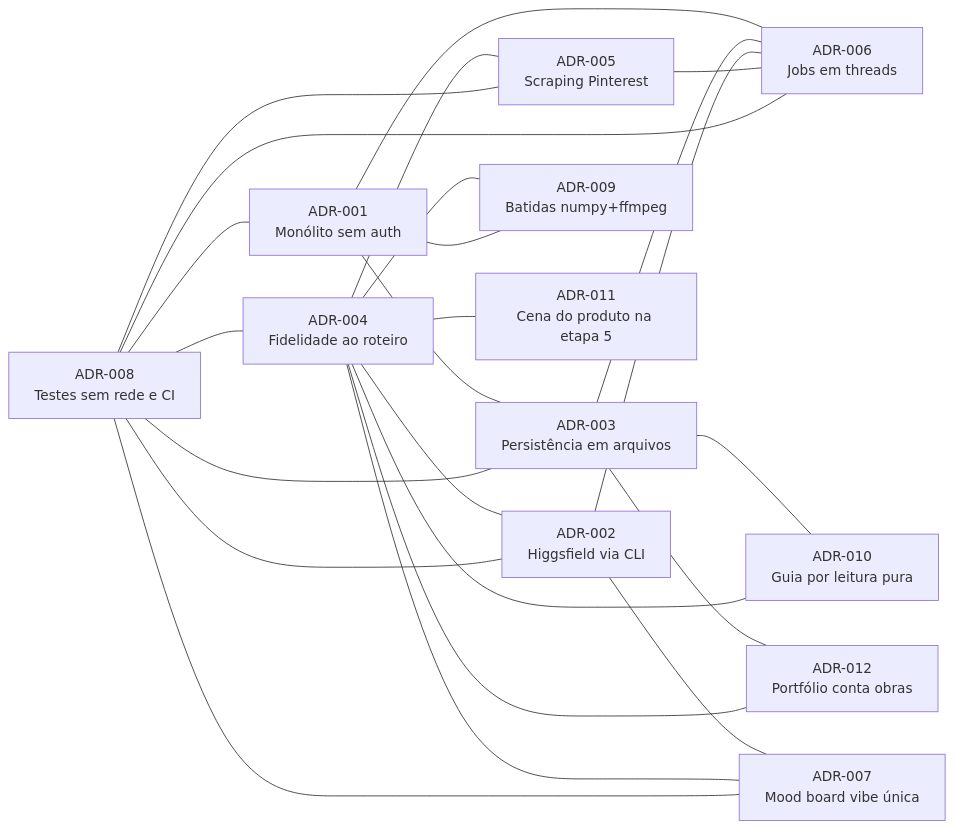
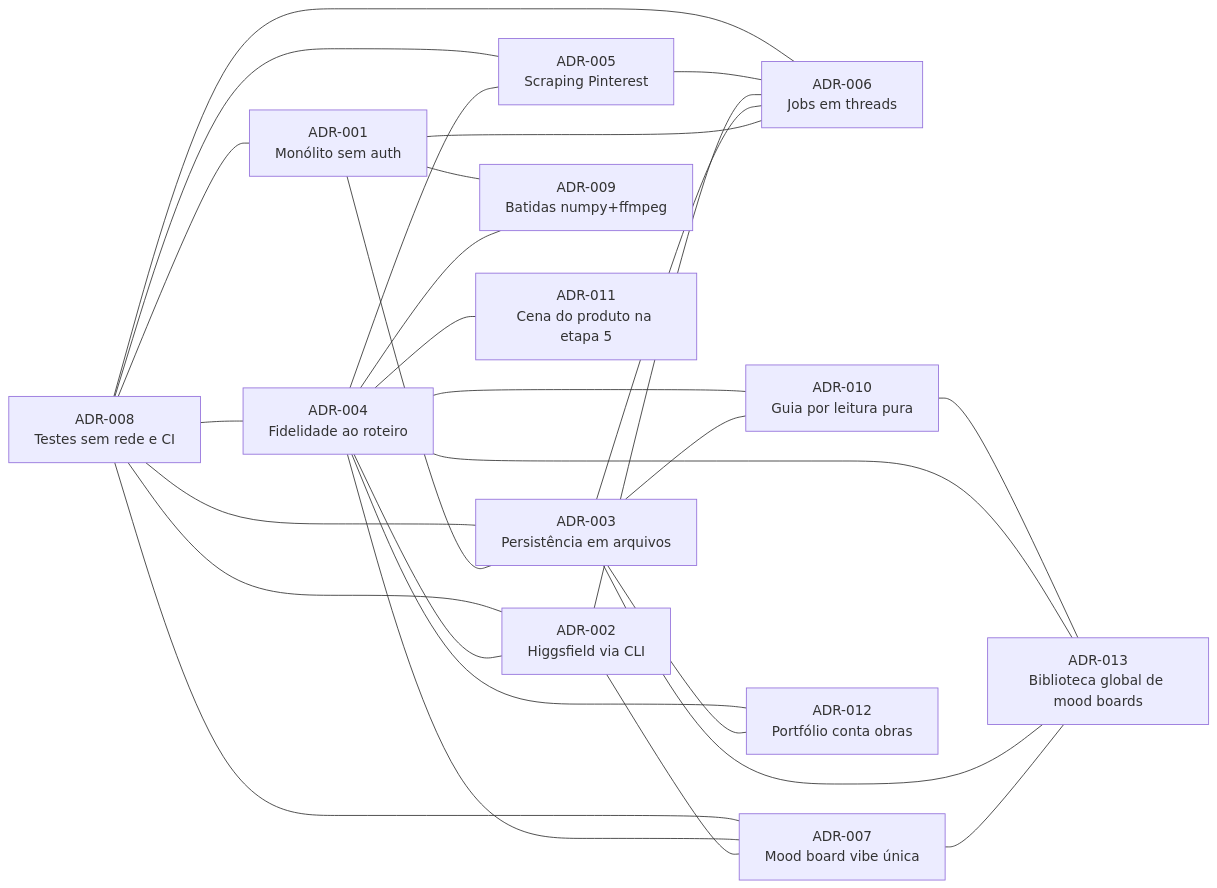
Before and after one commit to Arthur-Diego/orquestrador-studio: the diagram in docs/adrs/README.md, drawn with Mermaid. The commit also changed other lines of this file and 8 other files, not shown here.

````diff
--- a/docs/adrs/README.md
+++ b/docs/adrs/README.md
@@ -25,39 +26,44 @@
 ```mermaid
 graph LR
     ADR001["ADR-001<br/>Monólito sem auth"]
     ADR002["ADR-002<br/>Higgsfield via CLI"]
     ADR003["ADR-003<br/>Persistência em arquivos"]
     ADR004["ADR-004<br/>Fidelidade ao roteiro"]
     ADR005["ADR-005<br/>Scraping Pinterest"]
     ADR006["ADR-006<br/>Jobs em threads"]
     ADR007["ADR-007<br/>Mood board vibe única"]
     ADR008["ADR-008<br/>Testes sem rede e CI"]
 
     ADR001 --- ADR003
     ADR001 --- ADR006
     ADR003 --- ADR006
     ADR002 --- ADR006
     ADR005 --- ADR006
     ADR002 --- ADR007
     ADR004 --- ADR002
     ADR004 --- ADR005
     ADR004 --- ADR007
     ADR008 --- ADR001
     ADR008 --- ADR002
     ADR008 --- ADR003
     ADR008 --- ADR004
     ADR008 --- ADR005
     ADR008 --- ADR006
     ADR008 --- ADR007
     ADR009["ADR-009<br/>Batidas numpy+ffmpeg"]
     ADR010["ADR-010<br/>Guia por leitura pura"]
     ADR011["ADR-011<br/>Cena do produto na etapa 5"]
     ADR012["ADR-012<br/>Portfólio conta obras"]
     ADR004 --- ADR009
     ADR001 --- ADR009
     ADR003 --- ADR010
     ADR004 --- ADR010
     ADR004 --- ADR011
     ADR003 --- ADR012
     ADR004 --- ADR012
+    ADR013["ADR-013<br/>Biblioteca global de mood boards"]
+    ADR007 --- ADR013
+    ADR003 --- ADR013
+    ADR004 --- ADR013
+    ADR010 --- ADR013
 ```
````
